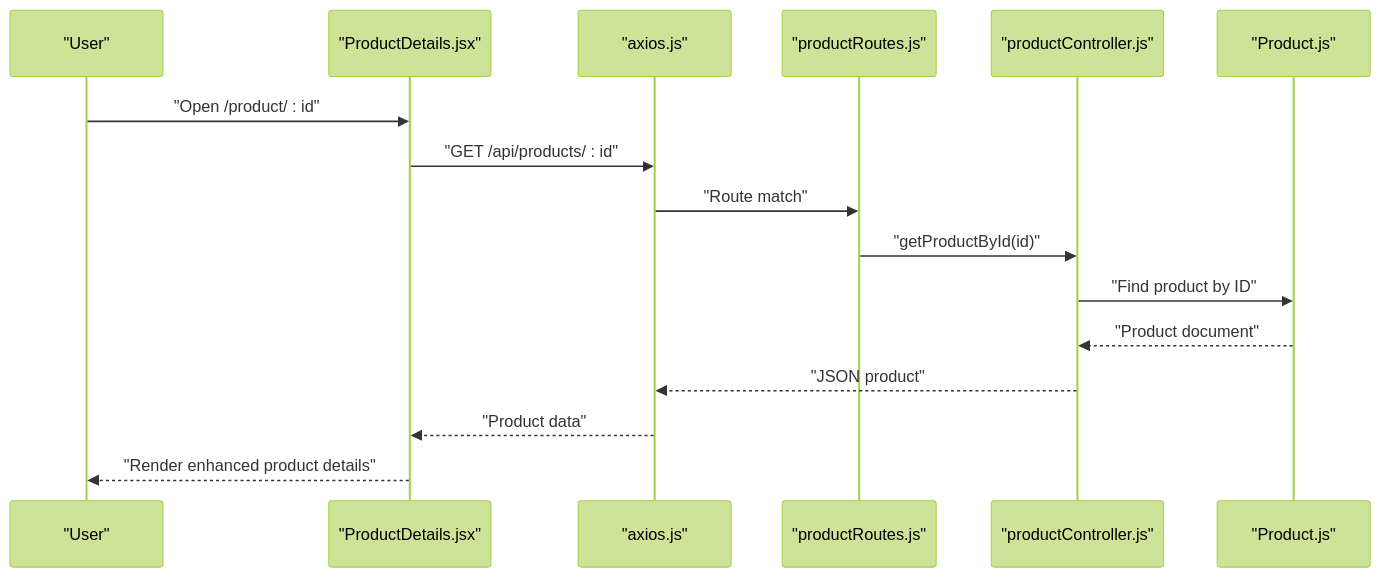
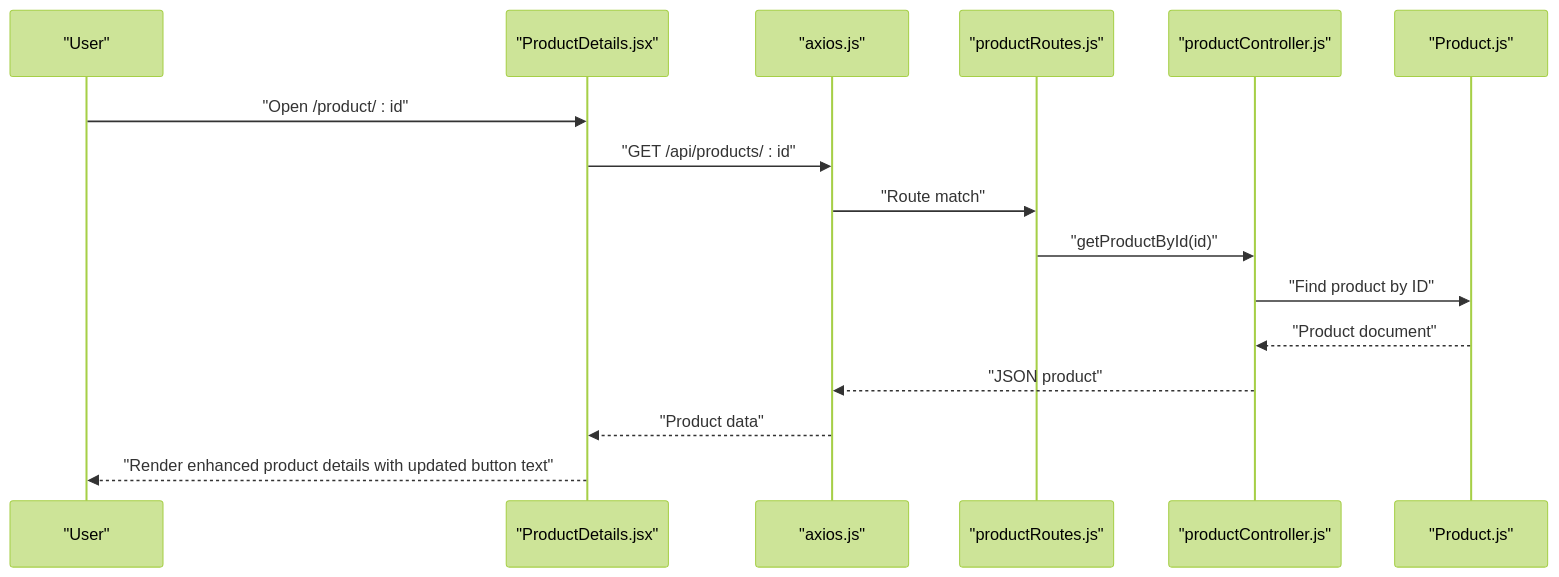
The second of 5 diagrams in .qoder/repowiki/en/content/Shopping Experience/Product Details & Selection.md (Pavan-PSPK9032/TrendsandToss), drawn with Mermaid (forest theme) before and after one commit. The commit also changed other lines of this file and 9 other files, not shown here.

Commit message:
Mobile UI improvements: 2-col grid, swipe images, remove pincode from product details, optimize spacing

````diff
--- a/.qoder/repowiki/en/content/Shopping Experience/Product Details & Selection.md
+++ b/.qoder/repowiki/en/content/Shopping Experience/Product Details & Selection.md
@@ -141,18 +142,18 @@
 ```mermaid
 sequenceDiagram
 participant U as "User"
 participant PD as "ProductDetails.jsx"
 participant AX as "axios.js"
 participant PR as "productRoutes.js"
 participant PC as "productController.js"
 participant PM as "Product.js"
 U->>PD : "Open /product/ : id"
 PD->>AX : "GET /api/products/ : id"
 AX->>PR : "Route match"
 PR->>PC : "getProductById(id)"
 PC->>PM : "Find product by ID"
 PM-->>PC : "Product document"
 PC-->>AX : "JSON product"
 AX-->>PD : "Product data"
-PD-->>U : "Render enhanced product details"
+PD-->>U : "Render enhanced product details with updated button text"
 ```
````
